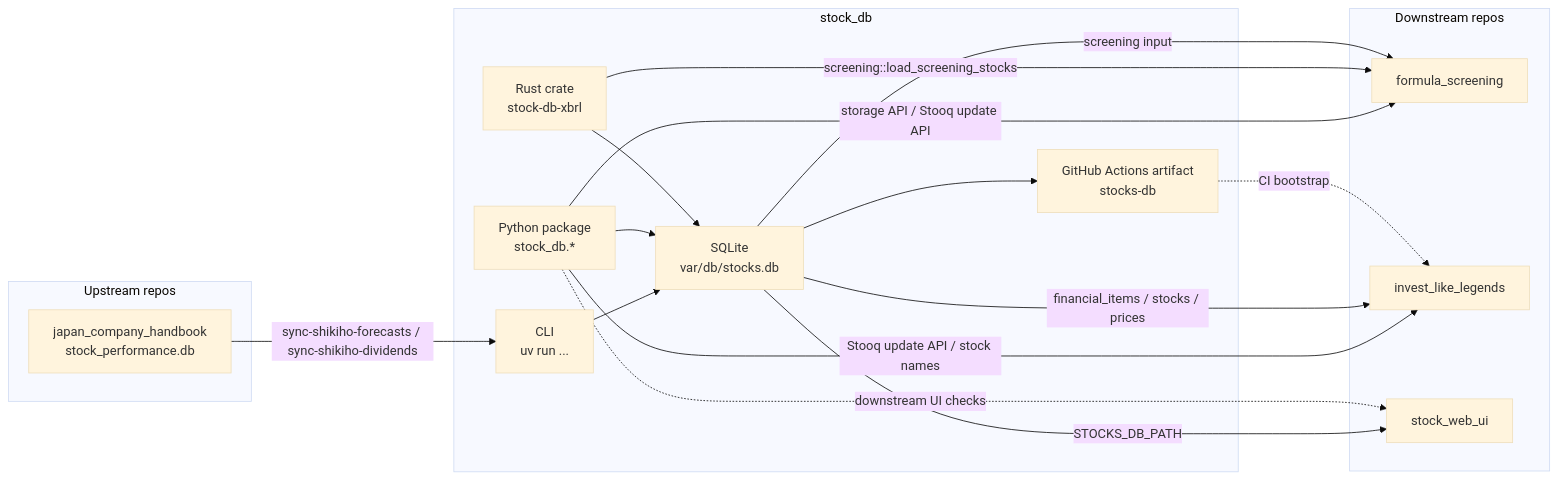
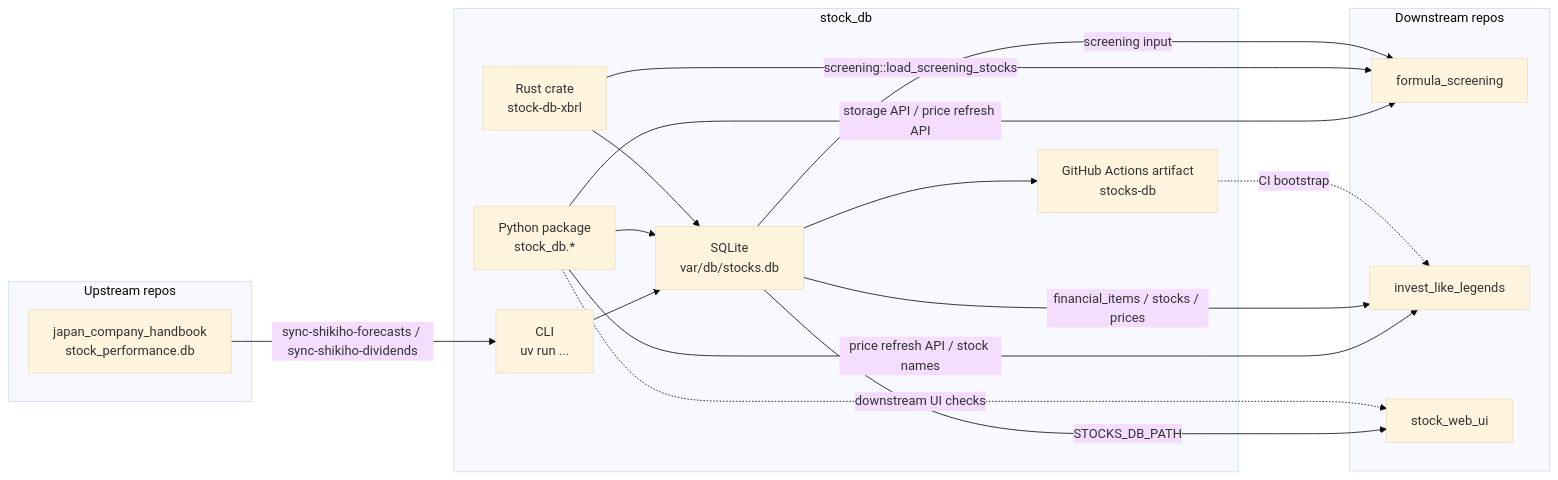
One commit to expgolemclone/stock_db changed the first of 4 diagrams in ARCHITECTURE.md. Above: the diagram before and after it, drawn with Mermaid (base theme). The commit also changed other lines of this file and 32 other files, not shown here.

````diff
--- a/ARCHITECTURE.md
+++ b/ARCHITECTURE.md
@@ -33,37 +33,37 @@
 ```mermaid
 flowchart LR
     subgraph upstream["Upstream repos"]
         handbook["japan_company_handbook\nstock_performance.db"]
     end
 
     subgraph stockdb["stock_db"]
         pyapi["Python package\nstock_db.*"]
         rustcore["Rust crate\nstock-db-xbrl"]
         sqlite["SQLite\nvar/db/stocks.db"]
         cli["CLI\nuv run ..."]
         artifact["GitHub Actions artifact\nstocks-db"]
     end
 
     subgraph downstream["Downstream repos"]
         formula["formula_screening"]
         legends["invest_like_legends"]
         webui["stock_web_ui"]
     end
 
     handbook -->|sync-shikiho-forecasts / sync-shikiho-dividends| cli
     cli --> sqlite
     pyapi --> sqlite
     rustcore --> sqlite
     sqlite --> artifact
 
-    pyapi -->|storage API / Stooq update API| formula
+    pyapi -->|storage API / price refresh API| formula
     rustcore -->|screening::load_screening_stocks| formula
     sqlite -->|screening input| formula
 
-    pyapi -->|Stooq update API / stock names| legends
+    pyapi -->|price refresh API / stock names| legends
     sqlite -->|financial_items / stocks / prices| legends
     artifact -.->|CI bootstrap| legends
 
     sqlite -->|STOCKS_DB_PATH| webui
     pyapi -.->|downstream UI checks| webui
 ```
````
